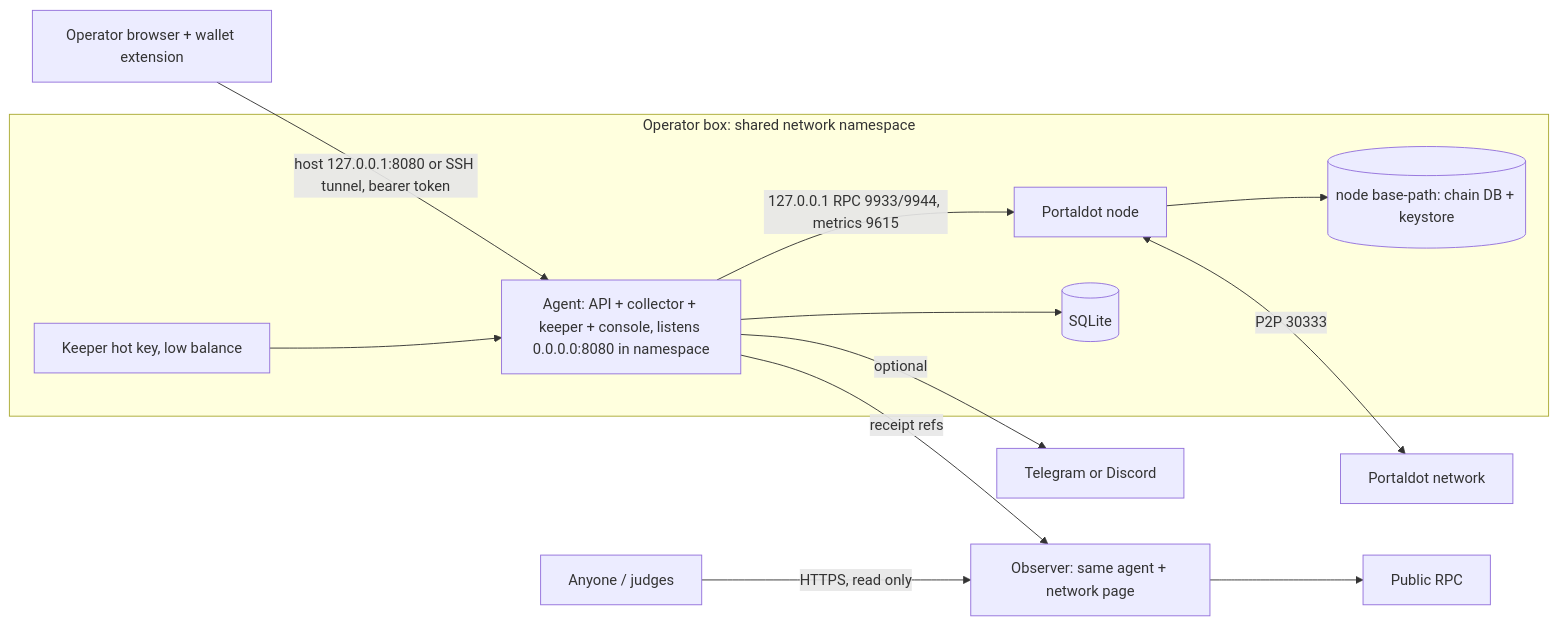
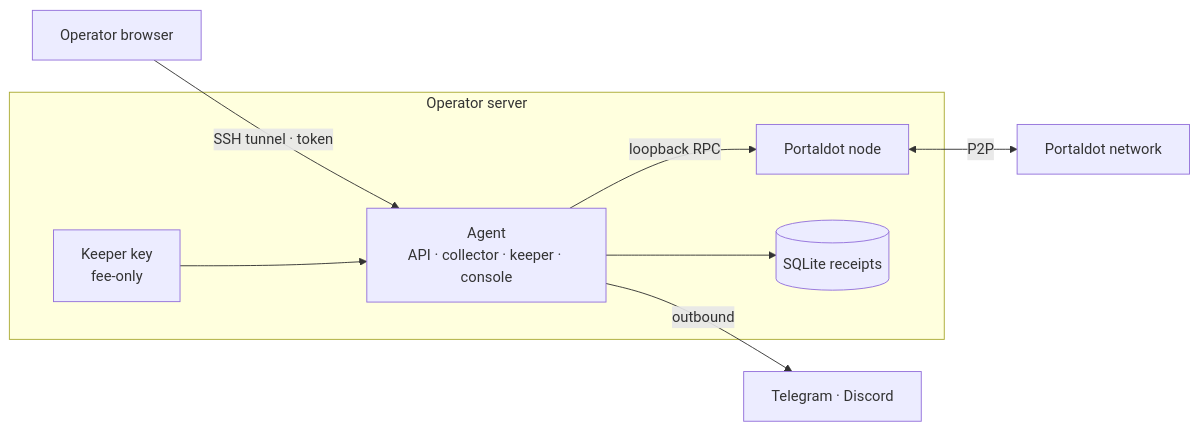
One commit to Timidan/portalnode changed the second of 2 diagrams in README.md. Above: the diagram before and after it, drawn with Mermaid. The commit also changed other lines of this file and 4 other files, not shown here.

````diff
--- a/README.md
+++ b/README.md
@@ -47,15 +95,11 @@
 ```mermaid
 flowchart LR
-  W[Operator browser + wallet extension] -->|host 127.0.0.1:8080 or SSH tunnel, bearer token| A
-  subgraph Box[Operator box: shared network namespace]
-    A[Agent: API + collector + keeper + console, listens 0.0.0.0:8080 in namespace] -->|127.0.0.1 RPC 9933/9944, metrics 9615| N[Portaldot node]
-    A --> D[(SQLite)]
-    K[Keeper hot key, low balance] --> A
-    N --> V[(node base-path: chain DB + keystore)]
+  O[Operator browser] -->|SSH tunnel · token| A
+  subgraph Box[Operator server]
+    A["Agent<br/>API · collector · keeper · console"] -->|loopback RPC| N[Portaldot node]
+    A --> D[(SQLite receipts)]
+    K["Keeper key<br/>fee-only"] --> A
   end
-  N <-->|P2P 30333| C[Portaldot network]
-  A -->|optional| T[Telegram or Discord]
-  A -->|receipt refs| P
-  J[Anyone / judges] -->|HTTPS, read only| P[Observer: same agent + network page]
-  P --> R[Public RPC]
+  N <-->|P2P| C[Portaldot network]
+  A -->|outbound| T[Telegram · Discord]
 ```
````
